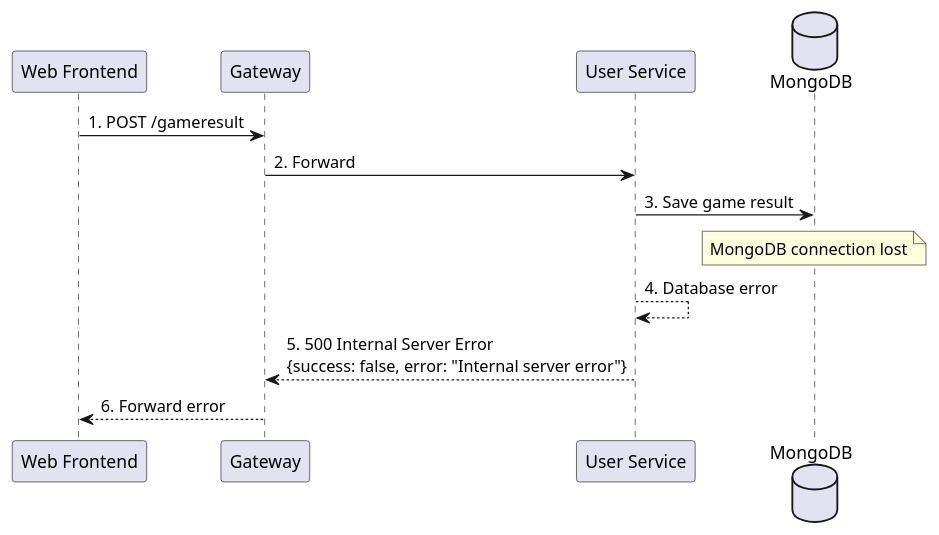
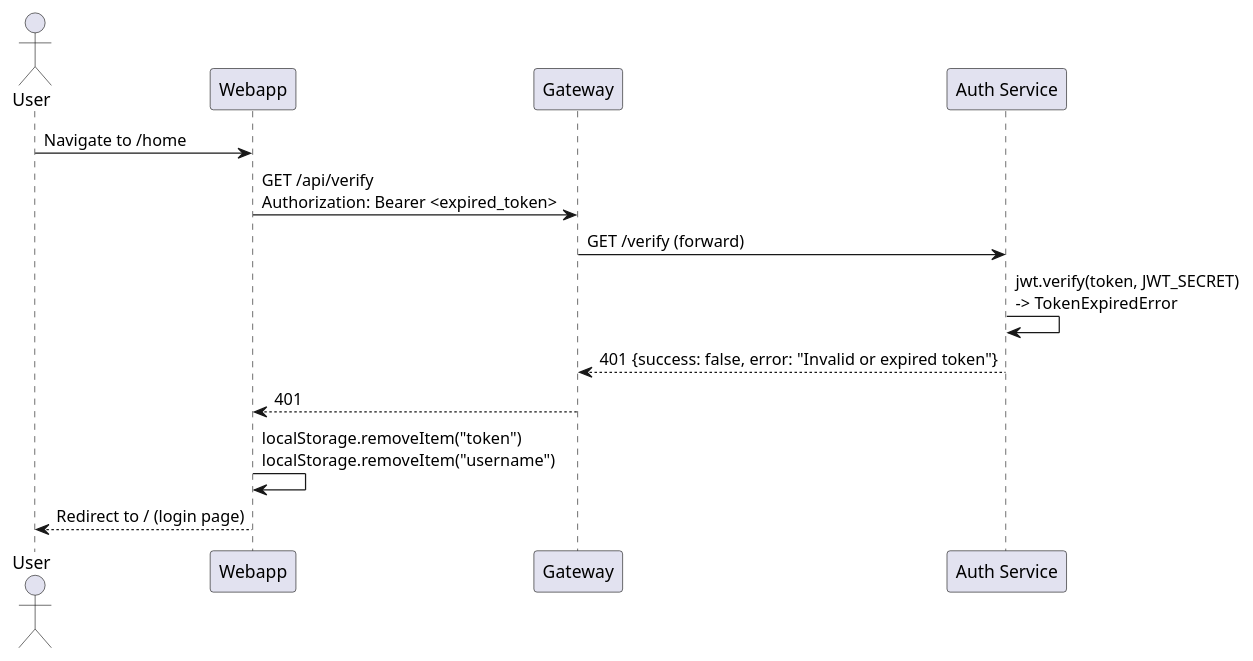
One commit to Arquisoft/yovi_en2c changed the tenth of 11 diagrams in docs/src/06_runtime_view.adoc. Above: the diagram before and after it, drawn with PlantUML. The commit also changed other lines of this file, not shown here.

```diff
--- a/docs/src/06_runtime_view.adoc
+++ b/docs/src/06_runtime_view.adoc
@@ -297,20 +443,18 @@
-[plantuml,"Database Down",png]
+[plantuml,"Expired Token",png]
 ----
 @startuml
-participant "Web Frontend" as Webapp
-participant "Gateway" as Gateway
-participant "User Service" as Users
-database "MongoDB" as DB
+actor "User" as User
+participant "Webapp" as WA
+participant "Gateway" as GW
+participant "Auth Service" as Auth
 
-Webapp -> Gateway: 1. POST /gameresult
-Gateway -> Users: 2. Forward
-
-Users -> DB: 3. Save game result
-note over DB: MongoDB connection lost
-
-Users --> Users: 4. Database error
-Users --> Gateway: 5. 500 Internal Server Error\n{success: false, error: "Internal server error"}
-Gateway --> Webapp: 6. Forward error
-
+User -> WA: Navigate to /home
+WA -> GW: GET /api/verify\nAuthorization: Bearer <expired_token>
+GW -> Auth: GET /verify (forward)
+Auth -> Auth: jwt.verify(token, JWT_SECRET)\n-> TokenExpiredError
+Auth --> GW: 401 {success: false, error: "Invalid or expired token"}
+GW --> WA: 401
+WA -> WA: localStorage.removeItem("token")\nlocalStorage.removeItem("username")
+WA --> User: Redirect to / (login page)
 @enduml
 ----
```
